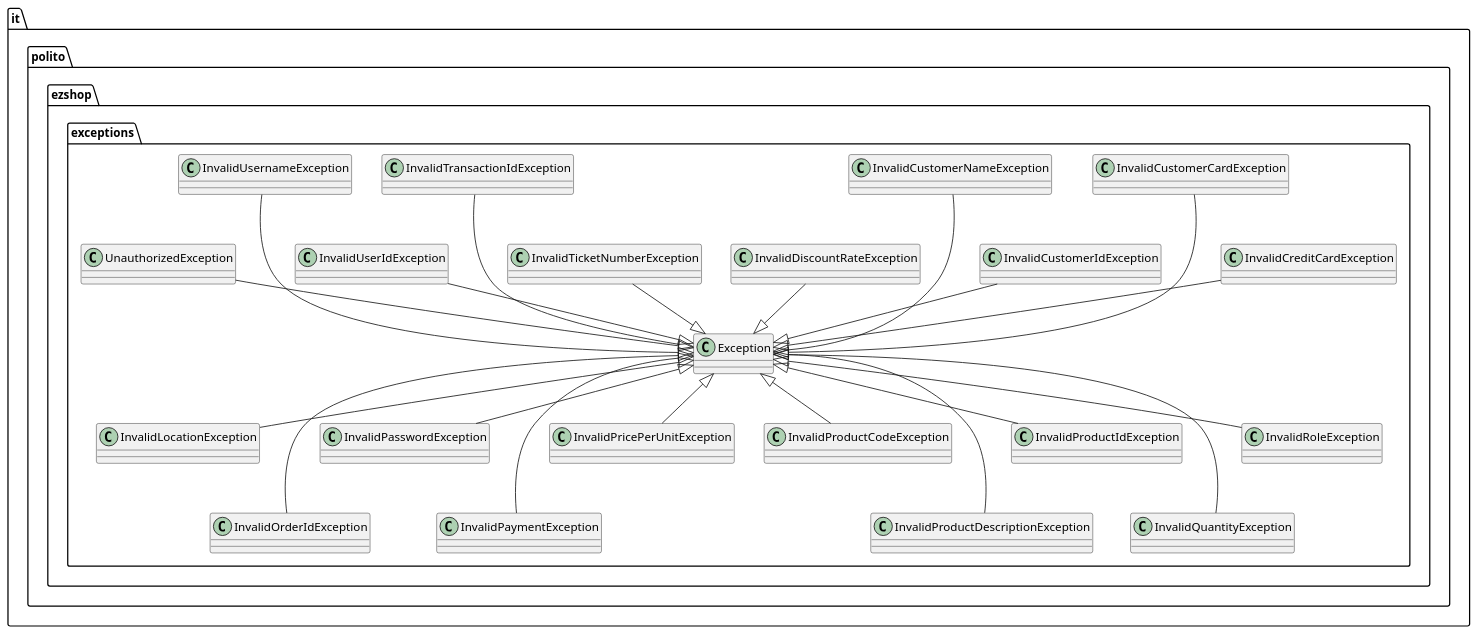
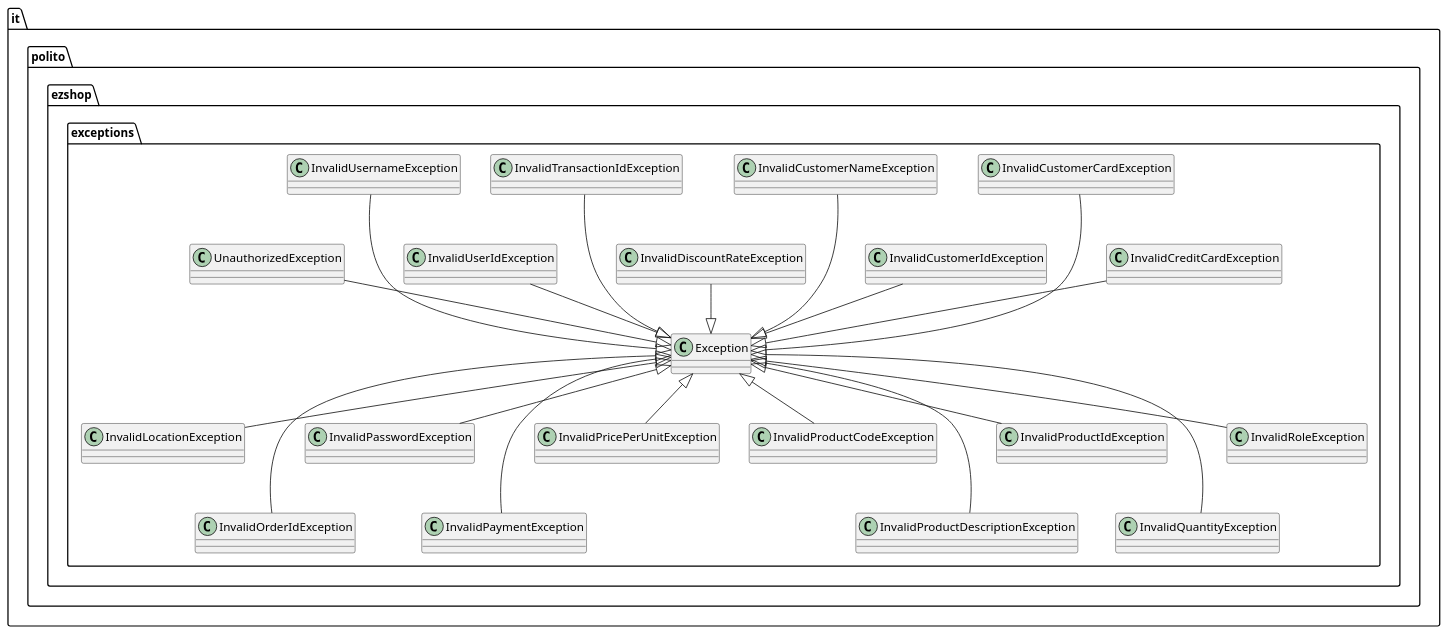
One commit to ThePiromaximus/ezshop changed the fourth of 19 diagrams in Deliverables/DesignDocument.md. Above: the diagram before and after it, drawn with PlantUML. The commit also changed other lines of this file, not shown here.

````diff
--- a/Deliverables/DesignDocument.md
+++ b/Deliverables/DesignDocument.md
@@ -235,30 +260,29 @@
 ```plantuml
 @startuml
 package it.polito.ezshop.exceptions {
     class "Exception" as E
     InvalidCreditCardException -down-|> E
     InvalidCustomerCardException -down--|> E
     InvalidCustomerIdException -down-|> E
     InvalidCustomerNameException -down--|> E
     InvalidDiscountRateException -down-|> E
 
     InvalidLocationException -up-|> E
     InvalidOrderIdException -up--|> E
     InvalidPasswordException -up-|> E
     InvalidPaymentException -up--|> E
     InvalidPricePerUnitException -up-|> E
 
     InvalidProductCodeException -up-|> E
     InvalidProductDescriptionException -up--|> E
     InvalidProductIdException -up-|> E
     InvalidQuantityException -up--|> E
     InvalidRoleException -up-|> E
 
-    InvalidTicketNumberException -down-|> E
     InvalidTransactionIdException -down--|> E
     InvalidUserIdException -down-|> E
     InvalidUsernameException -down--|> E
     UnauthorizedException -down-|> E
 }
 @enduml
 ```
````
